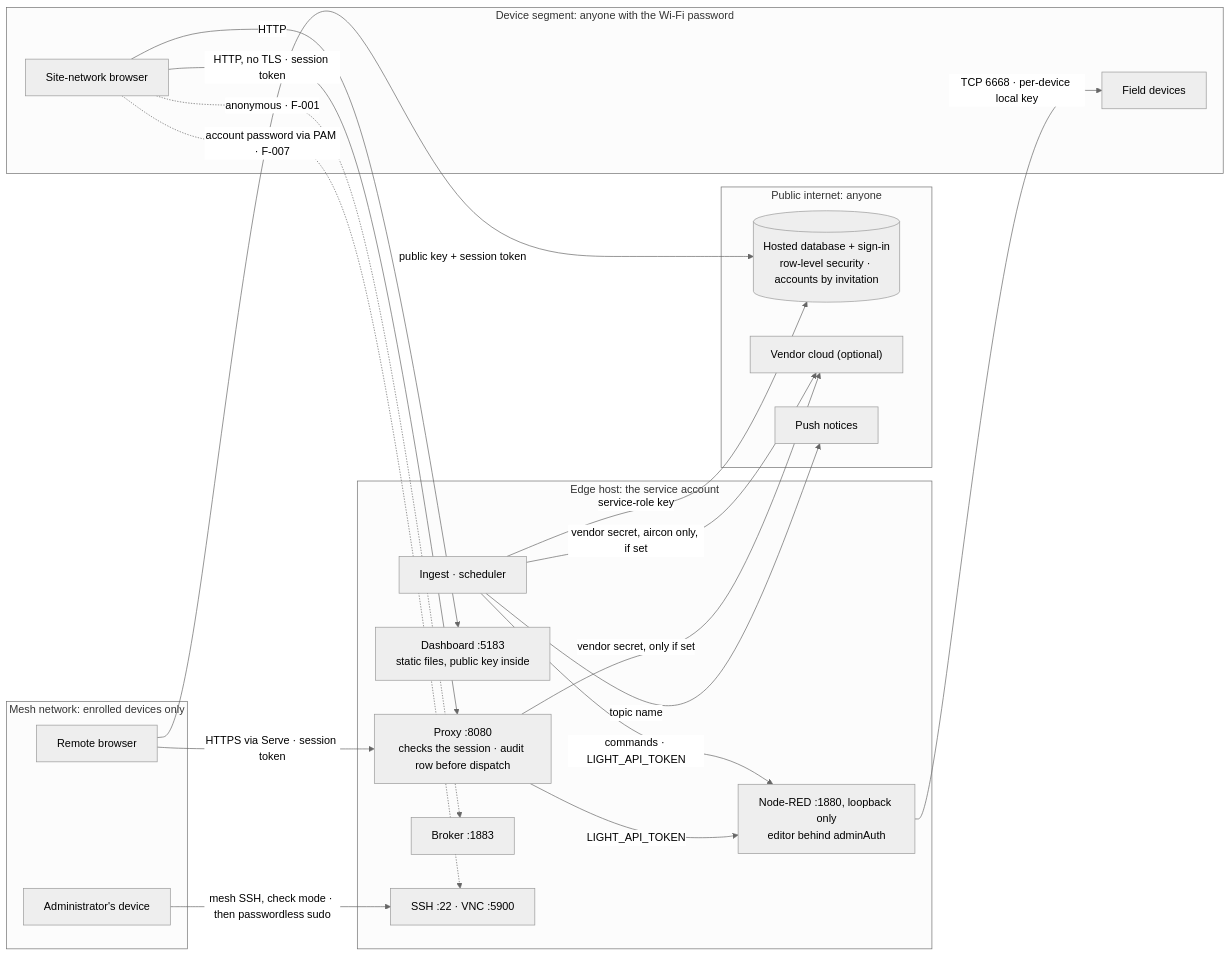
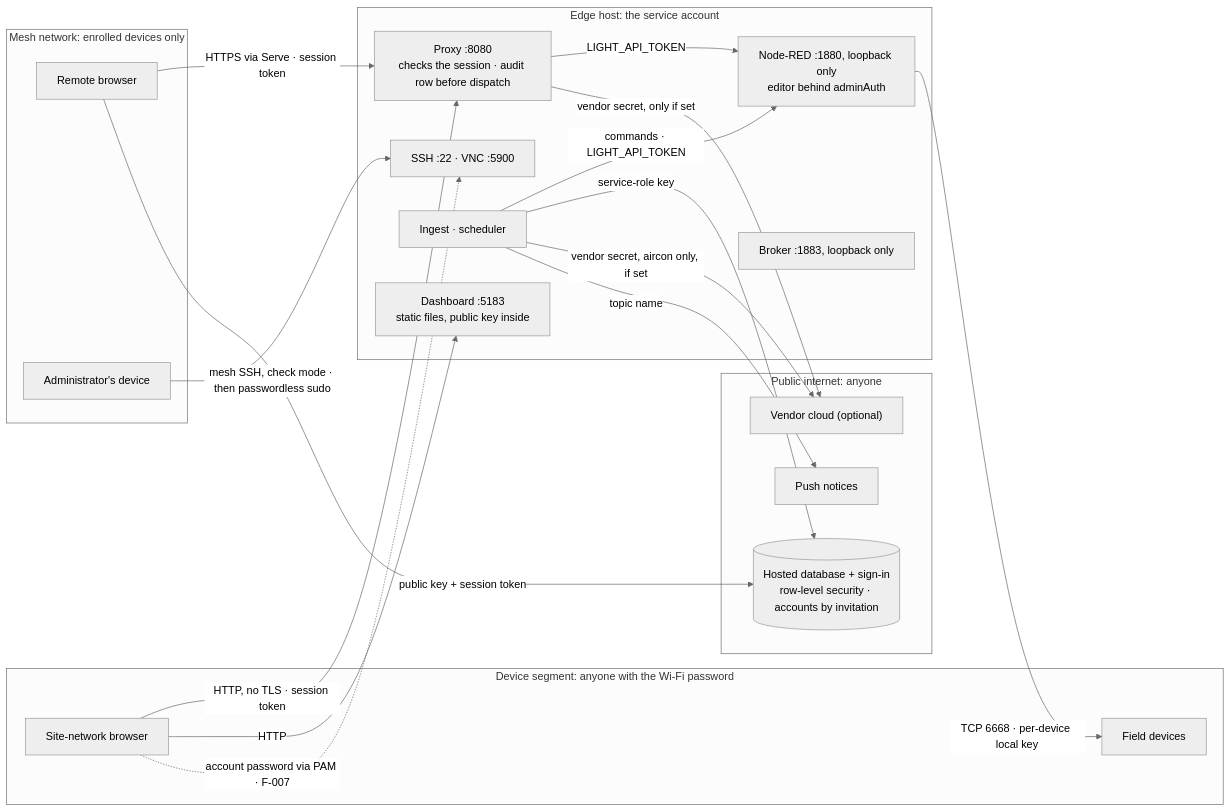
Before and after one commit to bems2026/bems: the diagram in docs/diagrams/trust-boundaries.mmd, drawn with Mermaid (neutral theme). The commit also changed 16 other files, not shown here.

```diff
--- a/docs/diagrams/trust-boundaries.mmd
+++ b/docs/diagrams/trust-boundaries.mmd
@@ -1,37 +1,36 @@
 flowchart LR
   subgraph pub ["Public internet: anyone"]
     db[("Hosted database + sign-in<br/>row-level security · accounts by invitation")]
     vendor["Vendor cloud (optional)"]
     notif["Push notices"]
   end
   subgraph tail ["Mesh network: enrolled devices only"]
     remote["Remote browser"]
     admin["Administrator's device"]
   end
   subgraph lan ["Device segment: anyone with the Wi-Fi password"]
     devs["Field devices"]
     lanb["Site-network browser"]
   end
   subgraph host ["Edge host: the service account"]
     proxy["Proxy :8080<br/>checks the session · audit row before dispatch"]
     dash["Dashboard :5183<br/>static files, public key inside"]
     nr["Node-RED :1880, loopback only<br/>editor behind adminAuth"]
     daemons["Ingest · scheduler"]
-    broker["Broker :1883"]
+    broker["Broker :1883, loopback only"]
     shell["SSH :22 · VNC :5900"]
   end
 
   remote -->|"HTTPS via Serve · session token"| proxy
   lanb -->|"HTTP, no TLS · session token"| proxy
   lanb -->|"HTTP"| dash
   remote -->|"public key + session token"| db
   proxy -->|"LIGHT_API_TOKEN"| nr
   daemons -->|"commands · LIGHT_API_TOKEN"| nr
   nr -->|"TCP 6668 · per-device local key"| devs
   daemons -->|"service-role key"| db
   proxy -->|"vendor secret, only if set"| vendor
   daemons -->|"vendor secret, aircon only, if set"| vendor
   daemons -->|"topic name"| notif
   admin -->|"mesh SSH, check mode · then passwordless sudo"| shell
-  lanb -. "anonymous · F-001" .-> broker
   lanb -. "account password via PAM · F-007" .-> shell
```
